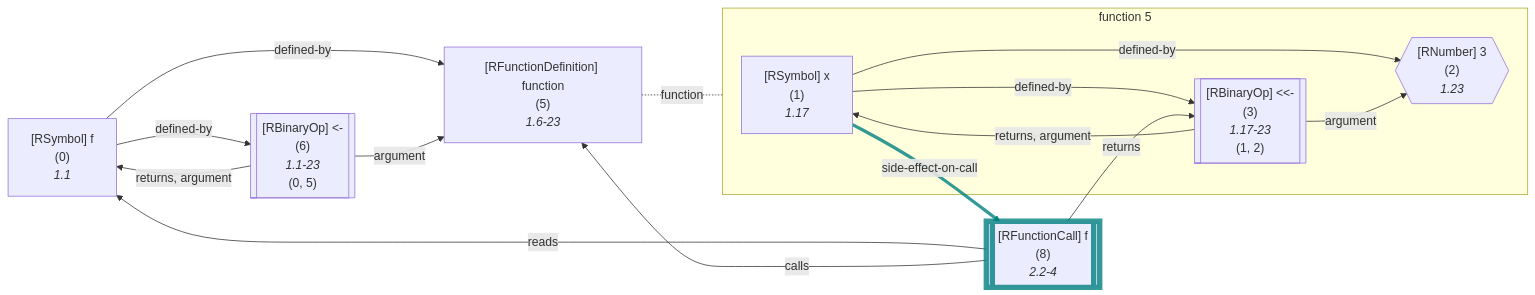
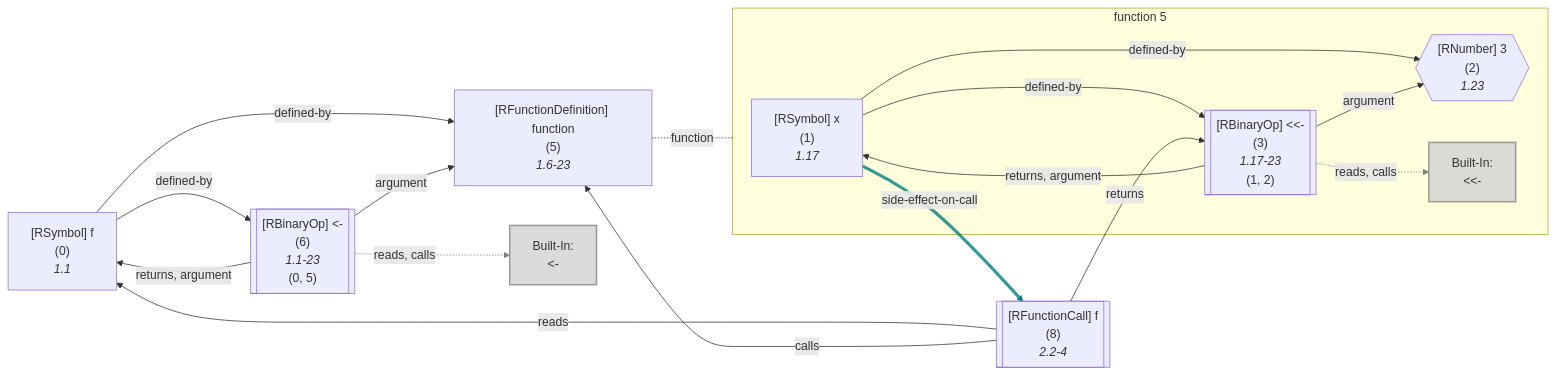
One commit to flowr-analysis/flowr changed diagram 17 of 51 in wiki/Dataflow Graph.md. Above: the diagram before and after it, drawn with Mermaid. The commit also changed other lines of this file and 339 other files, not shown here.

````diff
--- a/wiki/Dataflow Graph.md
+++ b/wiki/Dataflow Graph.md
@@ -2394,53 +2599,62 @@
 ```mermaid
 flowchart LR
     %% Environment of 5 [level: 0]:
     %% Built-in
     %% 325----------------------------------------
     %%   x: {**x** (id: 1, type: Variable, def. @3)}
     5["`#91;RFunctionDefinition#93; function
       (5)
       *1.6-23*`"]
 
 subgraph "flow-5" [function 5]
     2{{"`#91;RNumber#93; 3
       (2)
       *1.23*`"}}
     1["`#91;RSymbol#93; x
       (1)
       *1.17*`"]
     3[["`#91;RBinaryOp#93; #60;#60;#45;
       (3)
       *1.17-23*
     (1, 2)`"]]
+    built-in:__-["`Built-In:
+#60;#60;#45;`"]
+    style built-in:__- stroke:gray,fill:lightgray,stroke-width:2px,opacity:.8;
 end
     0["`#91;RSymbol#93; f
       (0)
       *1.1*`"]
     6[["`#91;RBinaryOp#93; #60;#45;
       (6)
       *1.1-23*
     (0, 5)`"]]
+    built-in:_-["`Built-In:
+#60;#45;`"]
+    style built-in:_- stroke:gray,fill:lightgray,stroke-width:2px,opacity:.8;
     %% Environment of 8 [level: 0]:
     %% Built-in
     %% 333----------------------------------------
     %%   f: {**f** (id: 0, type: Function, def. @6)}
     8[["`#91;RFunctionCall#93; f
       (8)
       *2.2-4*`"]]
-    style 8 stroke:teal,stroke-width:7px,stroke-opacity:.8; 
     1 -->|"defined-by"| 2
     1 -->|"defined-by"| 3
     1 -->|"side-effect-on-call"| 8
     linkStyle 2 stroke:teal,stroke-width:4.2px,stroke-opacity:.8
     3 -->|"argument"| 2
     3 -->|"returns, argument"| 1
+    3 -.->|"reads, calls"| built-in:__-
+    linkStyle 5 stroke:gray;
 5 -.-|function| flow-5
 
     0 -->|"defined-by"| 5
     0 -->|"defined-by"| 6
     6 -->|"argument"| 5
     6 -->|"returns, argument"| 0
+    6 -.->|"reads, calls"| built-in:_-
+    linkStyle 11 stroke:gray;
     8 -->|"reads"| 0
     8 -->|"returns"| 3
     8 -->|"calls"| 5
 ```
````
